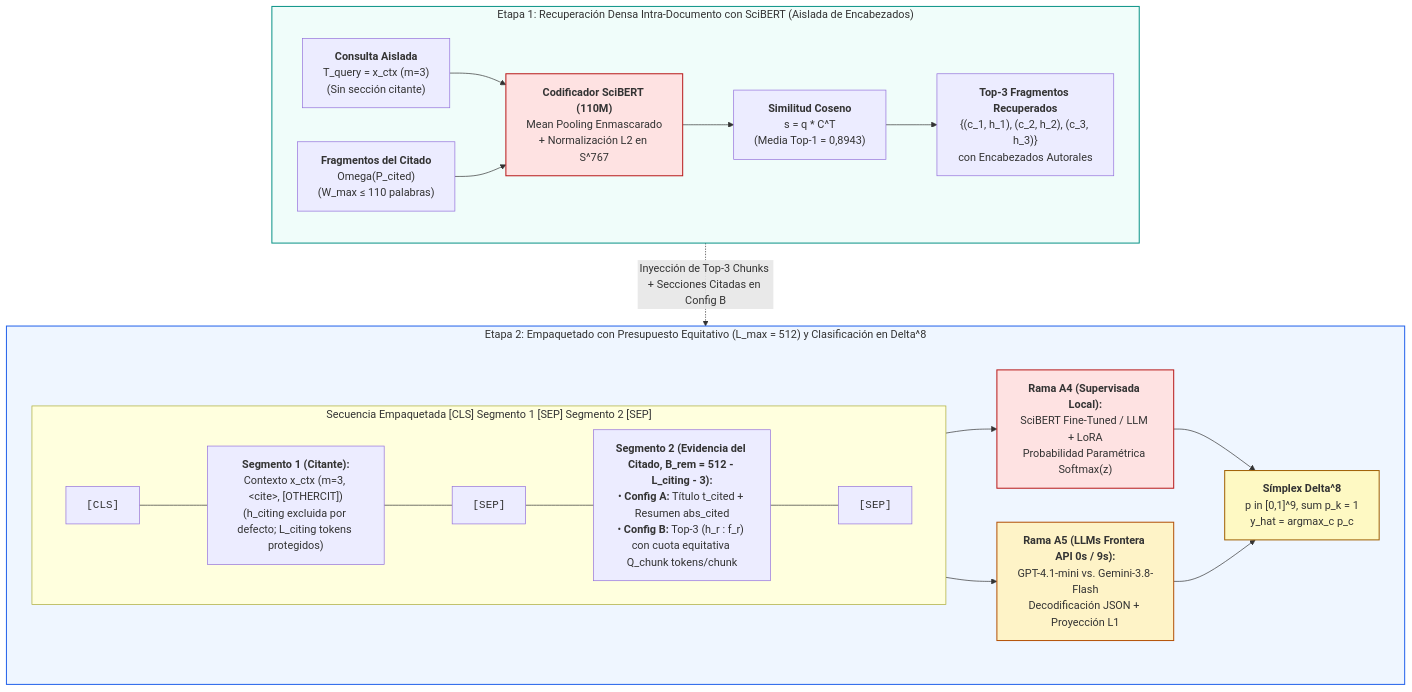
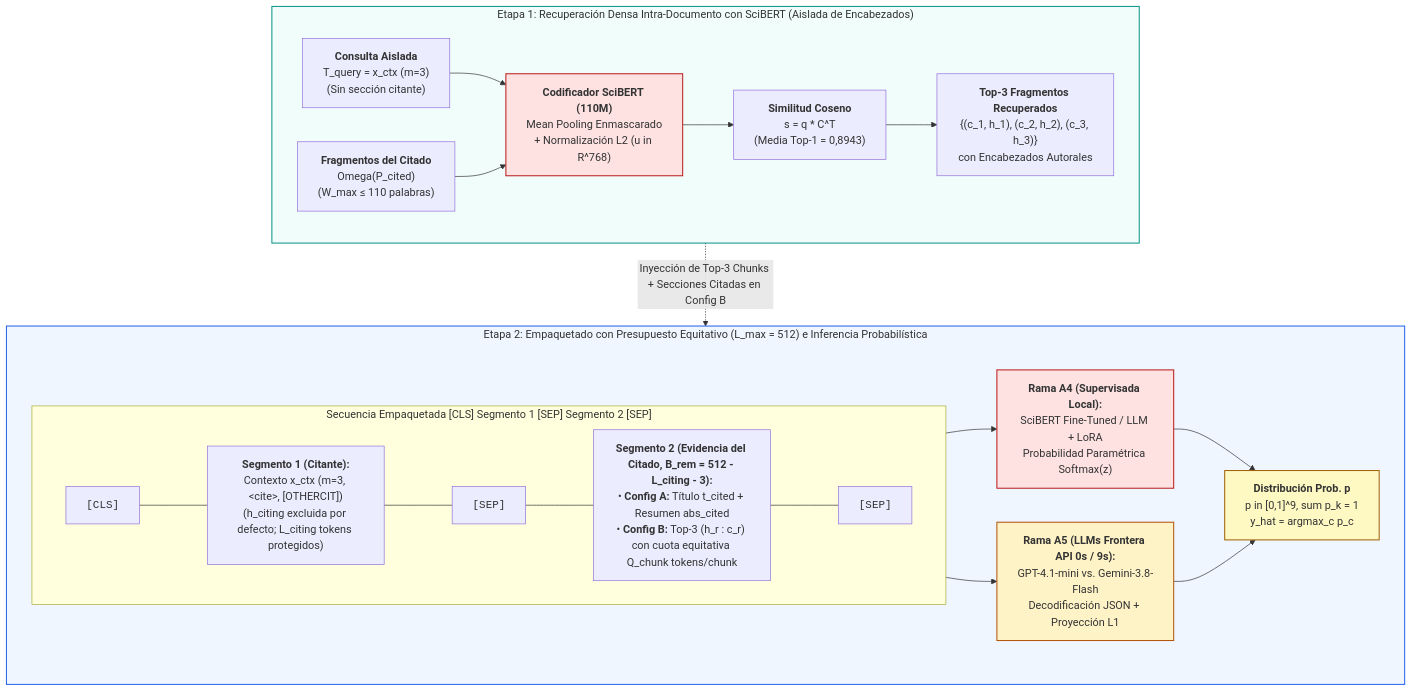
One commit to d-leandro/EvidenCite changed the third of 6 diagrams in especificacion_diagramas_drawio.md. Above: the diagram before and after it, drawn with Mermaid. The commit also changed other lines of this file and 2 other files, not shown here.

Commit message:
docs(paper): balance equations and explanatory prose for readability
- Replace simplex jargon with plain language in title, abstract, intro, conclusions, Table I and Figs. 2/4; keep Delta^8 only in Secs. III-A, III-D (co-localization) and III-F
- Convert 1:1 parity, greedy chunking and Q_chunk equations to prose; drop inline sublinear TF-IDF formula
- Remove 'hypersphere S^767' wording; simplify mean-pooling equation (no 1e-9 term) and define h_i^(L) and a_i
- Rewrite anti-leakage grouping paragraph without single-use symbols or set notation
- Express panel consensus rules (Eq. 3) as plain Spanish conditions instead of boolean logic
- Simplify epsilon definition in co-localization proposition
- Fix Fig. 4 arrow label overlap and Eq. 3 overfull hbox; sync draw.io specification

````diff
--- a/especificacion_diagramas_drawio.md
+++ b/especificacion_diagramas_drawio.md
@@ -151,43 +151,43 @@
 ```mermaid
 flowchart TB
     subgraph Stage1["Etapa 1: Recuperación Densa Intra-Documento con SciBERT (Aislada de Encabezados)"]
         direction LR
         Q["<b>Consulta Aislada</b><br/>T_query = x_ctx (m=3)<br/>(Sin sección citante)"]
         C["<b>Fragmentos del Citado</b><br/>Omega(P_cited)<br/>(W_max ≤ 110 palabras)"]
-        SB1["<b>Codificador SciBERT (110M)</b><br/>Mean Pooling Enmascarado<br/>+ Normalización L2 en S^767"]
+        SB1["<b>Codificador SciBERT (110M)</b><br/>Mean Pooling Enmascarado<br/>+ Normalización L2 (u in R^768)"]
         SIM["<b>Similitud Coseno</b><br/>s = q * C^T<br/>(Media Top-1 = 0,8943)"]
         TOP3["<b>Top-3 Fragmentos Recuperados</b><br/>{(c_1, h_1), (c_2, h_2), (c_3, h_3)}<br/>con Encabezados Autorales"]
         Q --> SB1
         C --> SB1
         SB1 --> SIM --> TOP3
     end
 
-    subgraph Stage2["Etapa 2: Empaquetado con Presupuesto Equitativo (L_max = 512) y Clasificación en Delta^8"]
+    subgraph Stage2["Etapa 2: Empaquetado con Presupuesto Equitativo (L_max = 512) e Inferencia Probabilística"]
         direction LR
         subgraph Packing["Secuencia Empaquetada [CLS] Segmento 1 [SEP] Segmento 2 [SEP]"]
             direction LR
             T_CLS["<code>[CLS]</code>"]
             T_S1["<b>Segmento 1 (Citante):</b><br/>Contexto x_ctx (m=3, &lt;cite&gt;, [OTHERCIT])<br/>(h_citing excluida por defecto; L_citing tokens protegidos)"]
             T_SEP1["<code>[SEP]</code>"]
-            T_S2["<b>Segmento 2 (Evidencia del Citado, B_rem = 512 - L_citing - 3):</b><br/>• <b>Config A:</b> Título t_cited + Resumen abs_cited<br/>• <b>Config B:</b> Top-3 (h_r : f_r) con cuota equitativa Q_chunk tokens/chunk"]
+            T_S2["<b>Segmento 2 (Evidencia del Citado, B_rem = 512 - L_citing - 3):</b><br/>• <b>Config A:</b> Título t_cited + Resumen abs_cited<br/>• <b>Config B:</b> Top-3 (h_r : c_r) con cuota equitativa Q_chunk tokens/chunk"]
             T_SEP2["<code>[SEP]</code>"]
             T_CLS --- T_S1 --- T_SEP1 --- T_S2 --- T_SEP2
         end
 
         A4["<b>Rama A4 (Supervisada Local):</b><br/>SciBERT Fine-Tuned / LLM + LoRA<br/>Probabilidad Paramétrica Softmax(z)"]
         A5["<b>Rama A5 (LLMs Frontera API 0s / 9s):</b><br/>GPT-4.1-mini vs. Gemini-3.8-Flash<br/>Decodificación JSON + Proyección L1"]
-        OUT["<b>Símplex Delta^8</b><br/>p in [0,1]^9, sum p_k = 1<br/>y_hat = argmax_c p_c"]
+        OUT["<b>Distribución Prob. p</b><br/>p in [0,1]^9, sum p_k = 1<br/>y_hat = argmax_c p_c"]
 
         T_SEP2 --> A4 --> OUT
         T_SEP2 --> A5 --> OUT
     end
 
     TOP3 -. "Inyección de Top-3 Chunks + Secciones Citadas en Config B" .-> T_S2
 
     style Stage1 fill:#F0FDFA,stroke:#0D9488,stroke-width:1.5px
     style Stage2 fill:#EFF6FF,stroke:#2563EB,stroke-width:1.5px
     style SB1 fill:#FEE2E2,stroke:#B91C1C,stroke-width:1.5px
     style A4 fill:#FEE2E2,stroke:#B91C1C,stroke-width:1.5px
     style A5 fill:#FEF3C7,stroke:#B45309,stroke-width:1.5px
     style OUT fill:#FEF9C3,stroke:#A16207,stroke-width:1.5px
 ```
````
